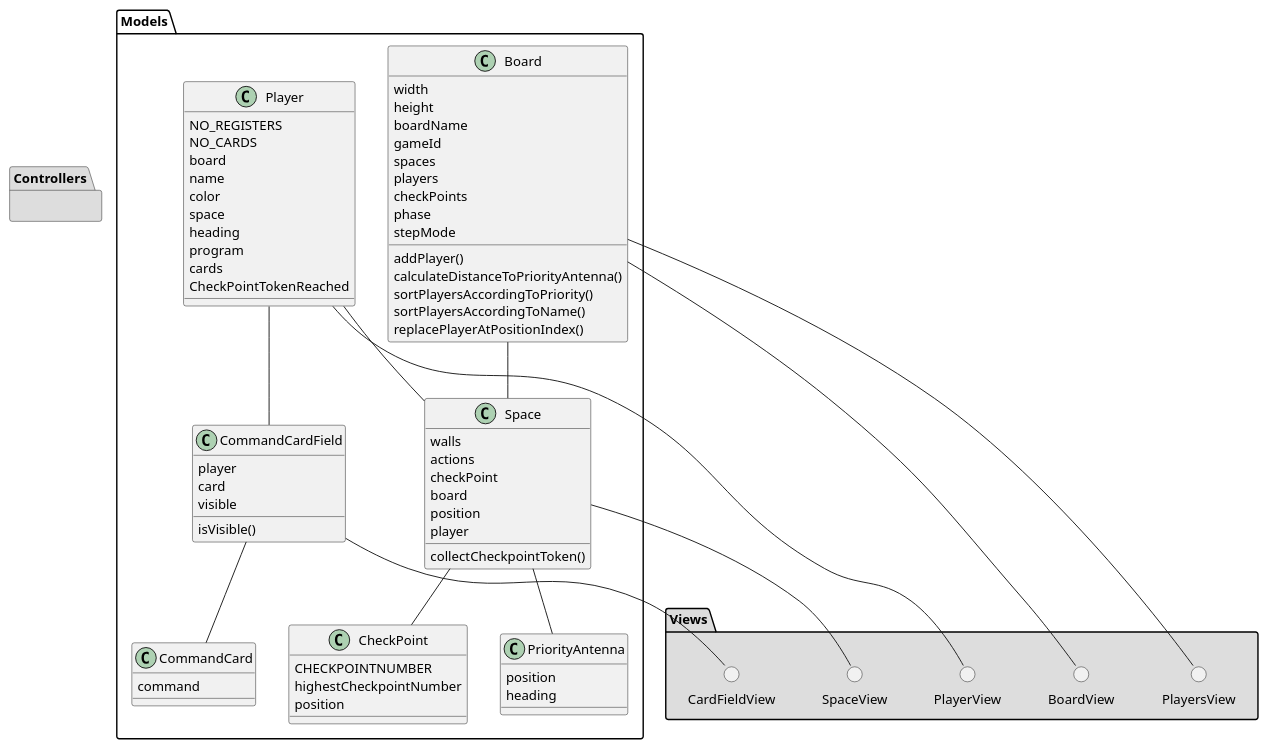
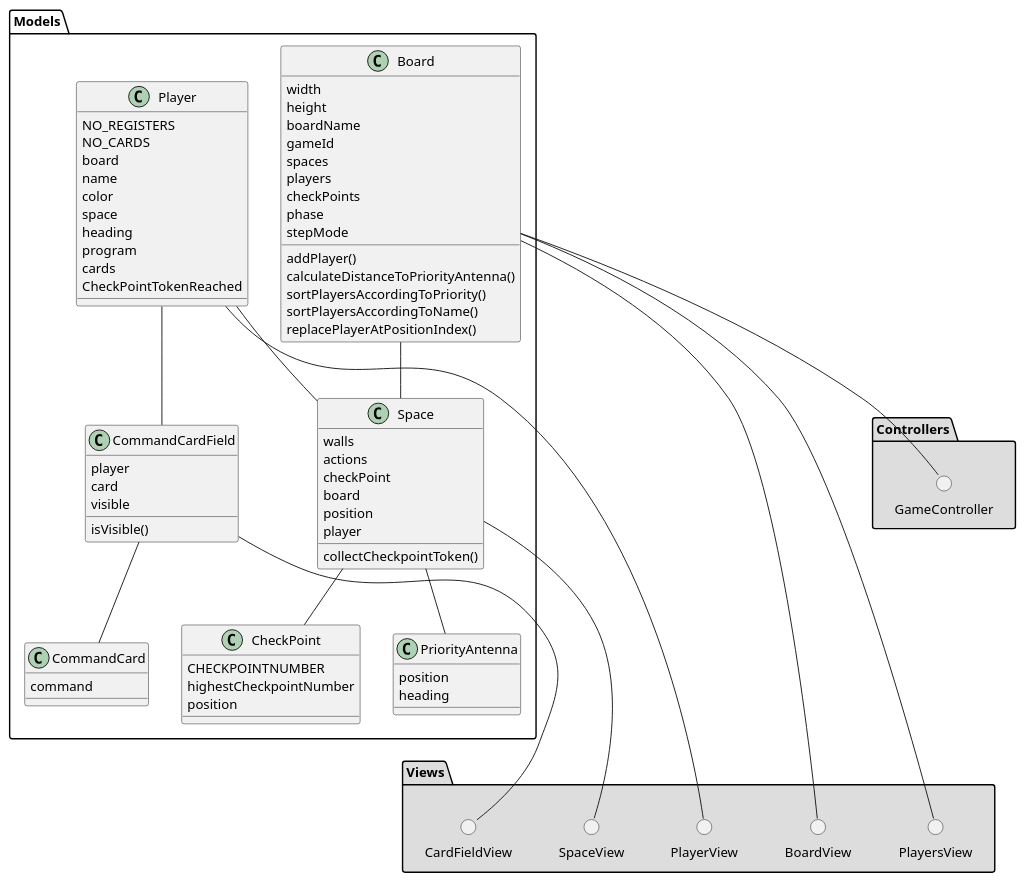
One commit to MarkBidstrup/RoboRally changed the diagram in PlantUML/ModelClassDiagram.puml. Above: the diagram before and after it, drawn with PlantUML.

Commit message:
Updated model class diagram

```diff
--- a/PlantUML/ModelClassDiagram.puml
+++ b/PlantUML/ModelClassDiagram.puml
@@ -1,102 +1,107 @@
 @startuml
 'https://plantuml.com/class-diagram
 
 package Models {
 
     class Player {
             NO_REGISTERS
             NO_CARDS
             board
             name
             color
             space
             heading
             program
             cards
             CheckPointTokenReached
     }
 
     class PriorityAntenna {
         position
         heading
     }
 
     class CheckPoint {
         CHECKPOINTNUMBER
         highestCheckpointNumber
         position
     }
 
     class Board {
         width
         height
         boardName
         gameId
         spaces
         players
         checkPoints
         phase
         stepMode
 
         addPlayer()
         calculateDistanceToPriorityAntenna()
         sortPlayersAccordingToPriority()
         sortPlayersAccordingToName()
         replacePlayerAtPositionIndex()
     }
 
     class CommandCard {
         command
     }
 
     class CommandCardField {
         player
         card
         visible
 
         isVisible()
     }
 
     class Space {
         walls
         actions
         checkPoint
         board
         position
         player
 
         collectCheckpointToken()
     }
 
 }
 
 package "Views" #DDDDDD {
 
     () BoardView
     () PlayersView
     () CardFieldView
     () PlayerView
     () SpaceView
 
 }
 
 package "Controllers" #DDDDDD {
 
+    () GameController
+
 }
 
 'Models
 Board -- Space
 Space -- CheckPoint
 Space -- PriorityAntenna
 Player -- Space
 Player -- CommandCardField
 CommandCardField -- CommandCard
 
 'Views
-Board -- BoardView
-Board -- PlayersView
-CommandCardField -- CardFieldView
-Player -- PlayerView
-Space -- SpaceView
+Board --- BoardView
+Board --- PlayersView
+CommandCardField --- CardFieldView
+Player --- PlayerView
+Space --- SpaceView
+
+'Controllers
+Board -- GameController
 
 @enduml
```
